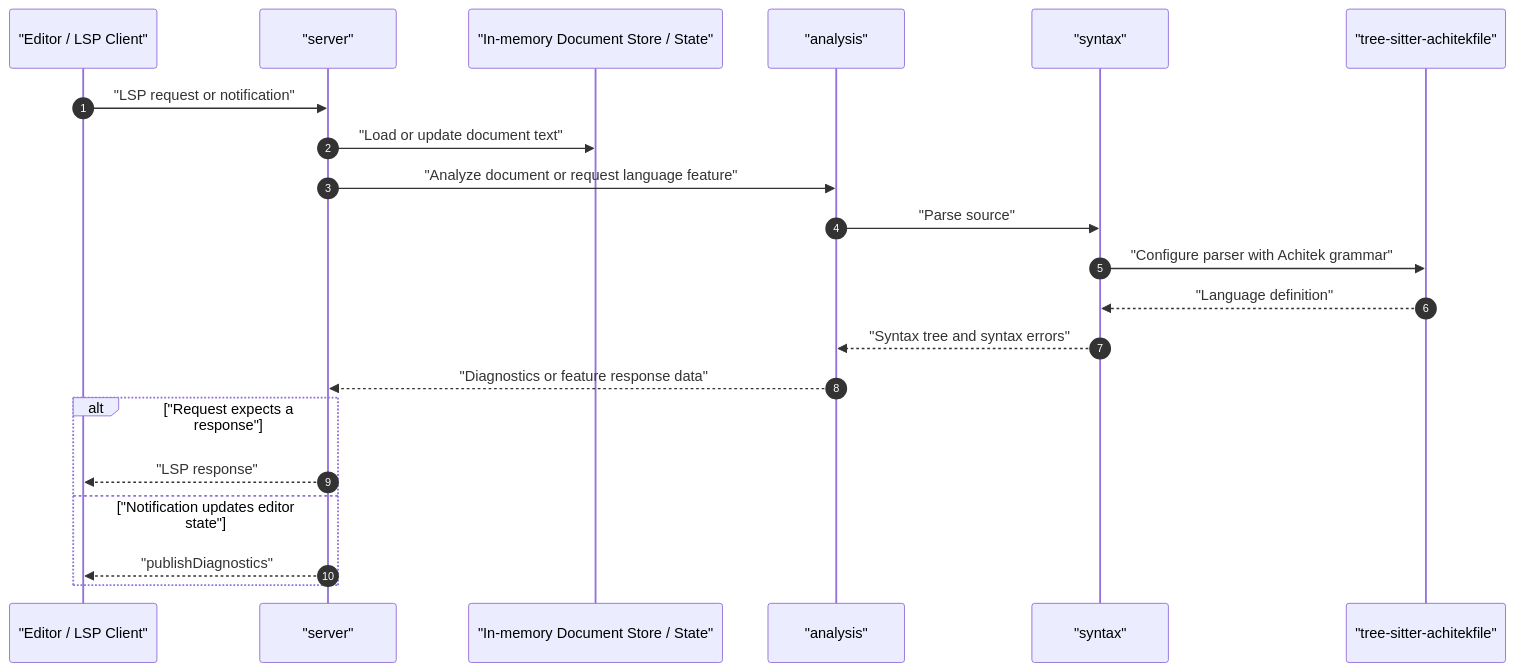
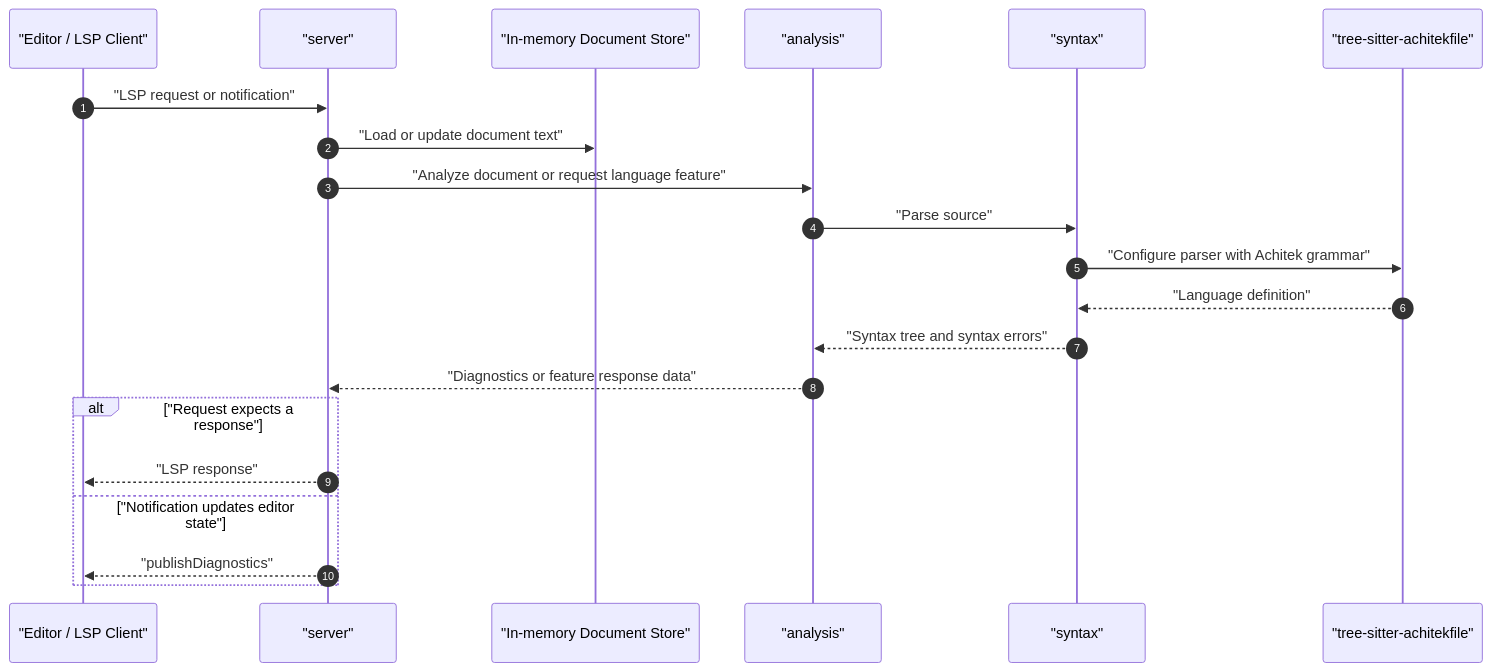
The diagram in docs/ARCHITECTURE.md (achitek-org/achitek-ls), drawn with Mermaid before and after one commit. The commit also changed other lines of this file and 4 other files, not shown here.

````diff
--- a/docs/ARCHITECTURE.md
+++ b/docs/ARCHITECTURE.md
@@ -70,25 +76,25 @@
 ```mermaid
 sequenceDiagram
     autonumber
     participant Editor as "Editor / LSP Client"
     participant Server as "server"
-    participant Docs as "In-memory Document Store / State"
+    participant Docs as "In-memory Document Store"
     participant Analysis as "analysis"
     participant Syntax as "syntax"
     participant TS as "tree-sitter-achitekfile"
 
     Editor->>Server: "LSP request or notification"
     Server->>Docs: "Load or update document text"
     Server->>Analysis: "Analyze document or request language feature"
     Analysis->>Syntax: "Parse source"
     Syntax->>TS: "Configure parser with Achitek grammar"
     TS-->>Syntax: "Language definition"
     Syntax-->>Analysis: "Syntax tree and syntax errors"
     Analysis-->>Server: "Diagnostics or feature response data"
 
     alt "Request expects a response"
         Server-->>Editor: "LSP response"
     else "Notification updates editor state"
         Server-->>Editor: "publishDiagnostics"
     end
 ```
````
